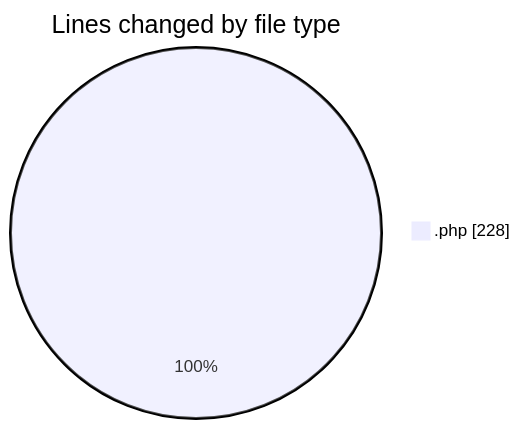
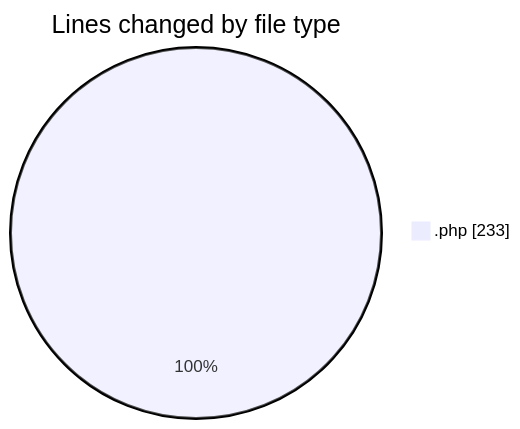
One commit to LanceThiago/code-tracking changed the first of 2 diagrams in 2026-08-28/web/README.md. Above: the diagram before and after it, drawn with Mermaid. The commit also changed other lines of this file and 1 other file, not shown here.

````diff
--- a/2026-08-28/web/README.md
+++ b/2026-08-28/web/README.md
@@ -20,5 +20,5 @@
 ```mermaid
 pie showData
 title Lines changed by file type
-".php" : 228
+".php" : 233
 ```
````
